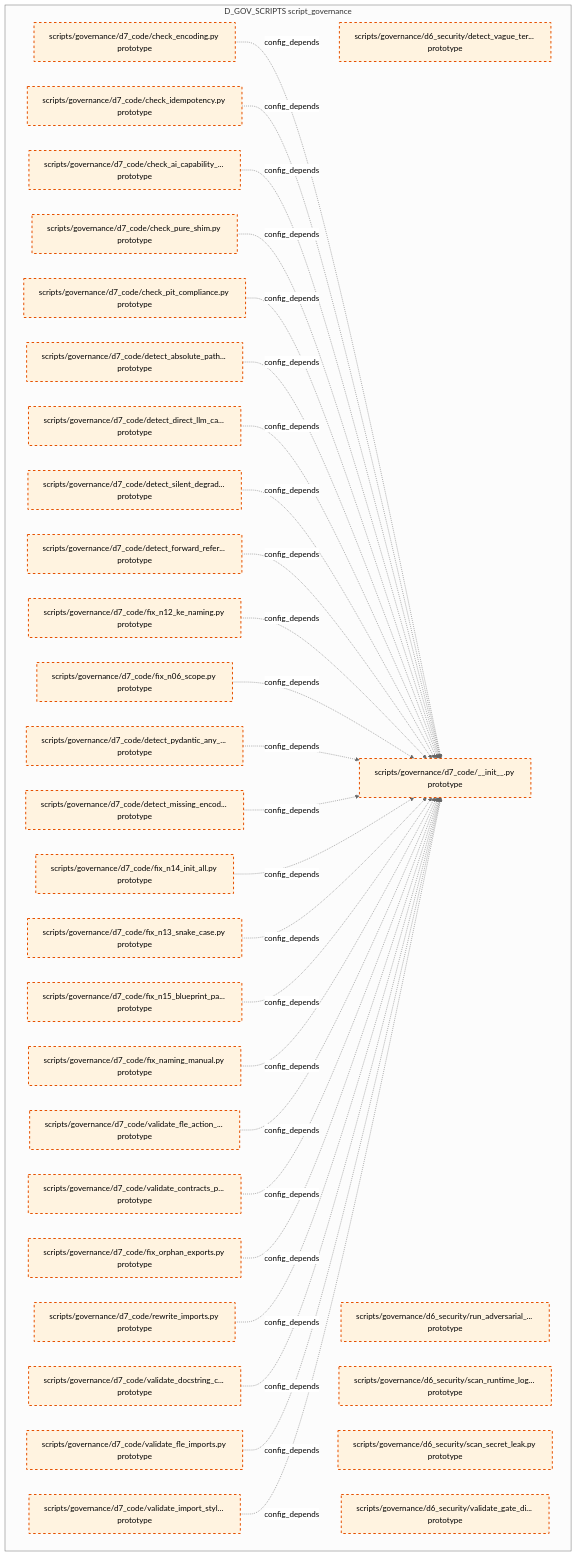
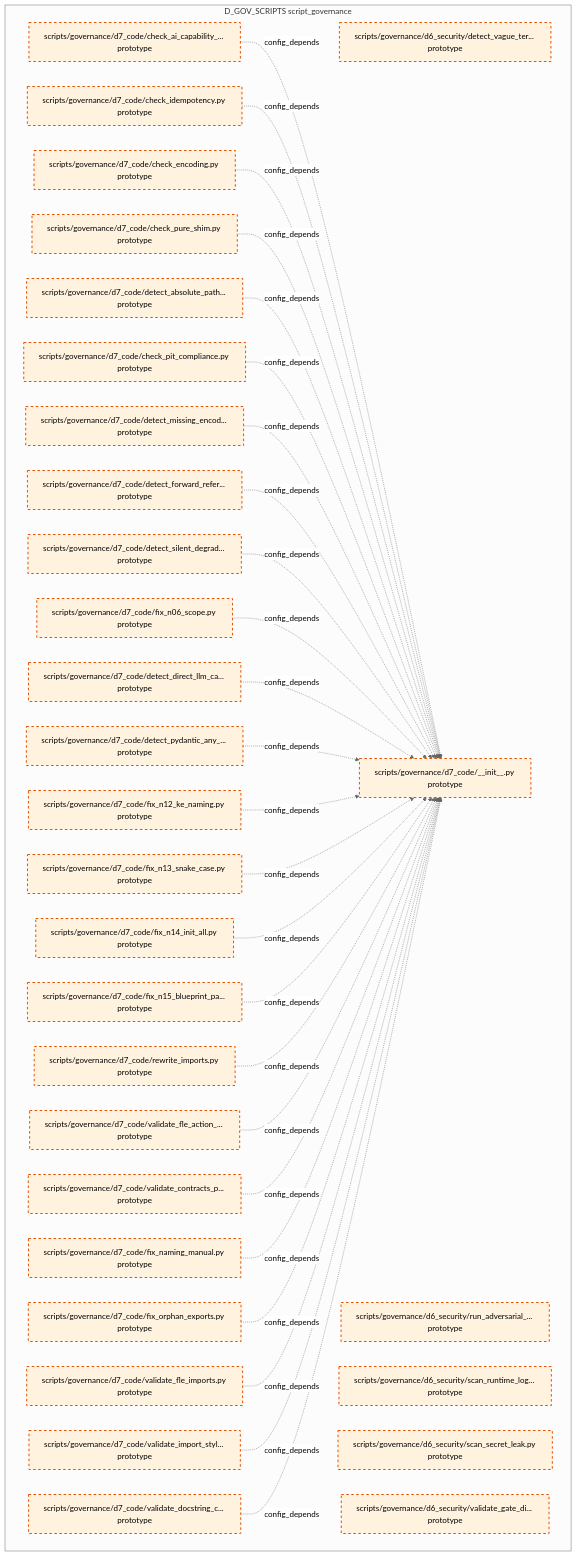
One commit to xuanFelixVan/ZephyrAlpha changed the tenth of 15 diagrams in docs/02_enterprise_architecture/02_domain_architecture_docs/36_d_gov_scripts.md. Above: the diagram before and after it, drawn with Mermaid (neutral theme). The commit also changed other lines of this file and 99 other files, not shown here.

````diff
--- a/docs/02_enterprise_architecture/02_domain_architecture_docs/36_d_gov_scripts.md
+++ b/docs/02_enterprise_architecture/02_domain_architecture_docs/36_d_gov_scripts.md
@@ -696,64 +696,64 @@
 ```mermaid
 graph TD
     subgraph D_GOV_SCRIPTS["D_GOV_SCRIPTS script_governance"]
         scripts_governance_d6_security_detect_vague_terms_py["scripts/governance/d6_security/detect_vague_ter... prototype"]
         scripts_governance_d6_security_run_adversarial_checks_py["scripts/governance/d6_security/run_adversarial_... prototype"]
         scripts_governance_d6_security_scan_runtime_log_secrets_py["scripts/governance/d6_security/scan_runtime_log... prototype"]
         scripts_governance_d6_security_scan_secret_leak_py["scripts/governance/d6_security/scan_secret_leak.py prototype"]
         scripts_governance_d6_security_validate_gate_discipline_py["scripts/governance/d6_security/validate_gate_di... prototype"]
         scripts_governance_d7_code_init_py["scripts/governance/d7_code/__init__.py prototype"]
         scripts_governance_d7_code_check_ai_capability_boundary_py["scripts/governance/d7_code/check_ai_capability_... prototype"]
         scripts_governance_d7_code_check_encoding_py["scripts/governance/d7_code/check_encoding.py prototype"]
         scripts_governance_d7_code_check_idempotency_py["scripts/governance/d7_code/check_idempotency.py prototype"]
         scripts_governance_d7_code_check_pit_compliance_py["scripts/governance/d7_code/check_pit_compliance.py prototype"]
         scripts_governance_d7_code_check_pure_shim_py["scripts/governance/d7_code/check_pure_shim.py prototype"]
         scripts_governance_d7_code_detect_absolute_path_hardcoding_py["scripts/governance/d7_code/detect_absolute_path... prototype"]
         scripts_governance_d7_code_detect_direct_llm_calls_py["scripts/governance/d7_code/detect_direct_llm_ca... prototype"]
         scripts_governance_d7_code_detect_forward_reference_py["scripts/governance/d7_code/detect_forward_refer... prototype"]
         scripts_governance_d7_code_detect_missing_encoding_py["scripts/governance/d7_code/detect_missing_encod... prototype"]
         scripts_governance_d7_code_detect_pydantic_any_fields_py["scripts/governance/d7_code/detect_pydantic_any_... prototype"]
         scripts_governance_d7_code_detect_silent_degradation_py["scripts/governance/d7_code/detect_silent_degrad... prototype"]
         scripts_governance_d7_code_fix_n06_scope_py["scripts/governance/d7_code/fix_n06_scope.py prototype"]
         scripts_governance_d7_code_fix_n12_ke_naming_py["scripts/governance/d7_code/fix_n12_ke_naming.py prototype"]
         scripts_governance_d7_code_fix_n13_snake_case_py["scripts/governance/d7_code/fix_n13_snake_case.py prototype"]
         scripts_governance_d7_code_fix_n14_init_all_py["scripts/governance/d7_code/fix_n14_init_all.py prototype"]
         scripts_governance_d7_code_fix_n15_blueprint_path_py["scripts/governance/d7_code/fix_n15_blueprint_pa... prototype"]
         scripts_governance_d7_code_fix_naming_manual_py["scripts/governance/d7_code/fix_naming_manual.py prototype"]
         scripts_governance_d7_code_fix_orphan_exports_py["scripts/governance/d7_code/fix_orphan_exports.py prototype"]
         scripts_governance_d7_code_rewrite_imports_py["scripts/governance/d7_code/rewrite_imports.py prototype"]
         scripts_governance_d7_code_validate_contracts_purity_py["scripts/governance/d7_code/validate_contracts_p... prototype"]
         scripts_governance_d7_code_validate_docstring_coverage_py["scripts/governance/d7_code/validate_docstring_c... prototype"]
         scripts_governance_d7_code_validate_fle_action_metadata_py["scripts/governance/d7_code/validate_fle_action_... prototype"]
         scripts_governance_d7_code_validate_fle_imports_py["scripts/governance/d7_code/validate_fle_imports.py prototype"]
         scripts_governance_d7_code_validate_import_style_py["scripts/governance/d7_code/validate_import_styl... prototype"]
     end
+    scripts_governance_d7_code_check_ai_capability_boundary_py -.->|config_depends| scripts_governance_d7_code_init_py
+    scripts_governance_d7_code_check_idempotency_py -.->|config_depends| scripts_governance_d7_code_init_py
     scripts_governance_d7_code_check_encoding_py -.->|config_depends| scripts_governance_d7_code_init_py
-    scripts_governance_d7_code_check_idempotency_py -.->|config_depends| scripts_governance_d7_code_init_py
-    scripts_governance_d7_code_check_ai_capability_boundary_py -.->|config_depends| scripts_governance_d7_code_init_py
     scripts_governance_d7_code_check_pure_shim_py -.->|config_depends| scripts_governance_d7_code_init_py
+    scripts_governance_d7_code_detect_absolute_path_hardcoding_py -.->|config_depends| scripts_governance_d7_code_init_py
     scripts_governance_d7_code_check_pit_compliance_py -.->|config_depends| scripts_governance_d7_code_init_py
-    scripts_governance_d7_code_detect_absolute_path_hardcoding_py -.->|config_depends| scripts_governance_d7_code_init_py
+    scripts_governance_d7_code_detect_missing_encoding_py -.->|config_depends| scripts_governance_d7_code_init_py
+    scripts_governance_d7_code_detect_forward_reference_py -.->|config_depends| scripts_governance_d7_code_init_py
+    scripts_governance_d7_code_detect_silent_degradation_py -.->|config_depends| scripts_governance_d7_code_init_py
+    scripts_governance_d7_code_fix_n06_scope_py -.->|config_depends| scripts_governance_d7_code_init_py
     scripts_governance_d7_code_detect_direct_llm_calls_py -.->|config_depends| scripts_governance_d7_code_init_py
-    scripts_governance_d7_code_detect_silent_degradation_py -.->|config_depends| scripts_governance_d7_code_init_py
-    scripts_governance_d7_code_detect_forward_reference_py -.->|config_depends| scripts_governance_d7_code_init_py
+    scripts_governance_d7_code_detect_pydantic_any_fields_py -.->|config_depends| scripts_governance_d7_code_init_py
     scripts_governance_d7_code_fix_n12_ke_naming_py -.->|config_depends| scripts_governance_d7_code_init_py
-    scripts_governance_d7_code_fix_n06_scope_py -.->|config_depends| scripts_governance_d7_code_init_py
-    scripts_governance_d7_code_detect_pydantic_any_fields_py -.->|config_depends| scripts_governance_d7_code_init_py
-    scripts_governance_d7_code_detect_missing_encoding_py -.->|config_depends| scripts_governance_d7_code_init_py
+    scripts_governance_d7_code_fix_n13_snake_case_py -.->|config_depends| scripts_governance_d7_code_init_py
     scripts_governance_d7_code_fix_n14_init_all_py -.->|config_depends| scripts_governance_d7_code_init_py
-    scripts_governance_d7_code_fix_n13_snake_case_py -.->|config_depends| scripts_governance_d7_code_init_py
     scripts_governance_d7_code_fix_n15_blueprint_path_py -.->|config_depends| scripts_governance_d7_code_init_py
-    scripts_governance_d7_code_fix_naming_manual_py -.->|config_depends| scripts_governance_d7_code_init_py
+    scripts_governance_d7_code_rewrite_imports_py -.->|config_depends| scripts_governance_d7_code_init_py
     scripts_governance_d7_code_validate_fle_action_metadata_py -.->|config_depends| scripts_governance_d7_code_init_py
     scripts_governance_d7_code_validate_contracts_purity_py -.->|config_depends| scripts_governance_d7_code_init_py
+    scripts_governance_d7_code_fix_naming_manual_py -.->|config_depends| scripts_governance_d7_code_init_py
     scripts_governance_d7_code_fix_orphan_exports_py -.->|config_depends| scripts_governance_d7_code_init_py
-    scripts_governance_d7_code_rewrite_imports_py -.->|config_depends| scripts_governance_d7_code_init_py
-    scripts_governance_d7_code_validate_docstring_coverage_py -.->|config_depends| scripts_governance_d7_code_init_py
     scripts_governance_d7_code_validate_fle_imports_py -.->|config_depends| scripts_governance_d7_code_init_py
     scripts_governance_d7_code_validate_import_style_py -.->|config_depends| scripts_governance_d7_code_init_py
+    scripts_governance_d7_code_validate_docstring_coverage_py -.->|config_depends| scripts_governance_d7_code_init_py
     classDef production fill:#e1f5fe,stroke:#01579b,stroke-width:2px,color:#000
     classDef design fill:#fff3e0,stroke:#e65100,stroke-width:2px,color:#000,stroke-dasharray: 5 5
     classDef external_prod fill:#e8f5e9,stroke:#1b5e20,stroke-width:1px,color:#000
     classDef external_design fill:#fce4ec,stroke:#880e4f,stroke-width:1px,color:#000,stroke-dasharray: 5 5
     class scripts_governance_d6_security_detect_vague_terms_py,scripts_governance_d6_security_run_adversarial_checks_py,scripts_governance_d6_security_scan_runtime_log_secrets_py,scripts_governance_d6_security_scan_secret_leak_py,scripts_governance_d6_security_validate_gate_discipline_py,scripts_governance_d7_code_init_py,scripts_governance_d7_code_check_ai_capability_boundary_py,scripts_governance_d7_code_check_encoding_py,scripts_governance_d7_code_check_idempotency_py,scripts_governance_d7_code_check_pit_compliance_py,scripts_governance_d7_code_check_pure_shim_py,scripts_governance_d7_code_detect_absolute_path_hardcoding_py,scripts_governance_d7_code_detect_direct_llm_calls_py,scripts_governance_d7_code_detect_forward_reference_py,scripts_governance_d7_code_detect_missing_encoding_py,scripts_governance_d7_code_detect_pydantic_any_fields_py,scripts_governance_d7_code_detect_silent_degradation_py,scripts_governance_d7_code_fix_n06_scope_py,scripts_governance_d7_code_fix_n12_ke_naming_py,scripts_governance_d7_code_fix_n13_snake_case_py,scripts_governance_d7_code_fix_n14_init_all_py,scripts_governance_d7_code_fix_n15_blueprint_path_py,scripts_governance_d7_code_fix_naming_manual_py,scripts_governance_d7_code_fix_orphan_exports_py,scripts_governance_d7_code_rewrite_imports_py,scripts_governance_d7_code_validate_contracts_purity_py,scripts_governance_d7_code_validate_docstring_coverage_py,scripts_governance_d7_code_validate_fle_action_metadata_py,scripts_governance_d7_code_validate_fle_imports_py,scripts_governance_d7_code_validate_import_style_py design
 ```
````
